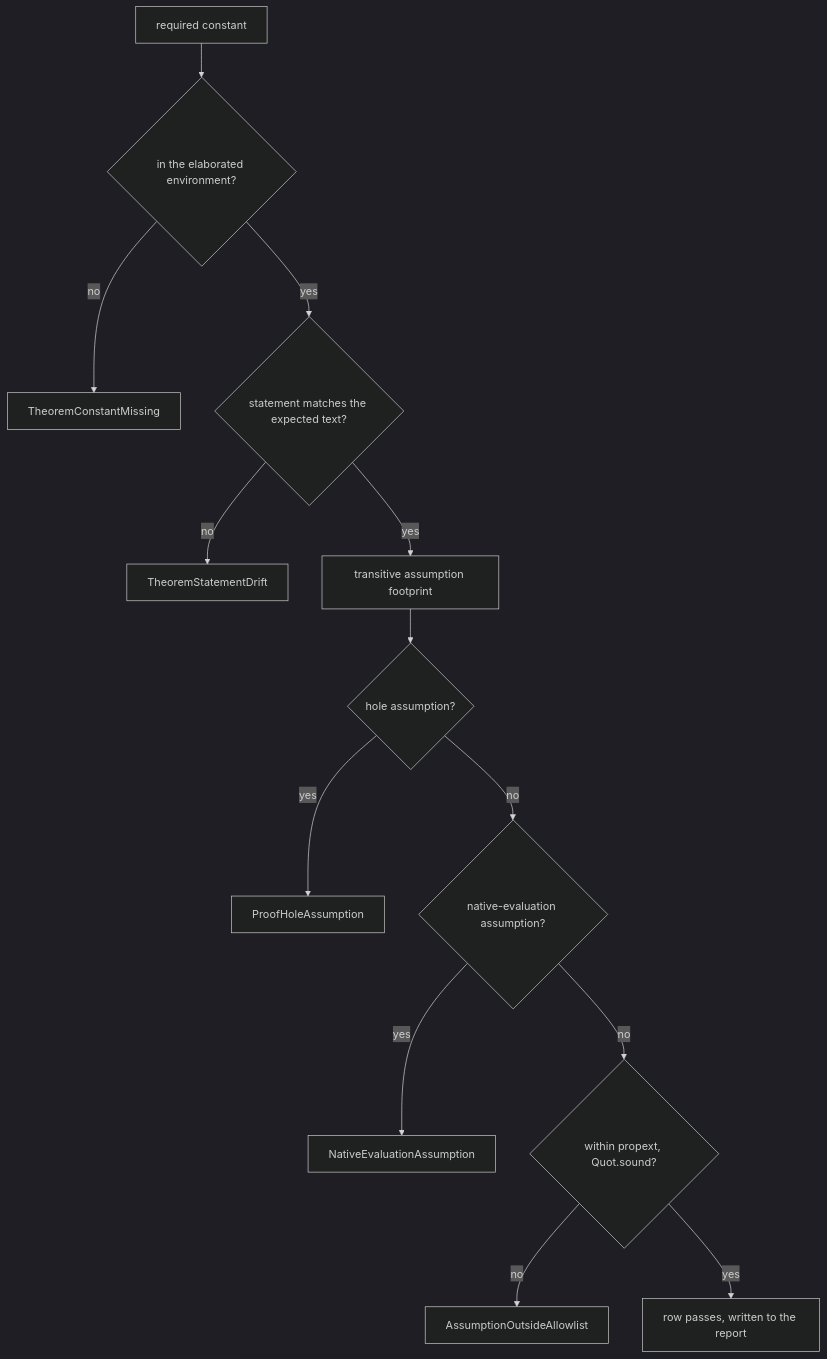
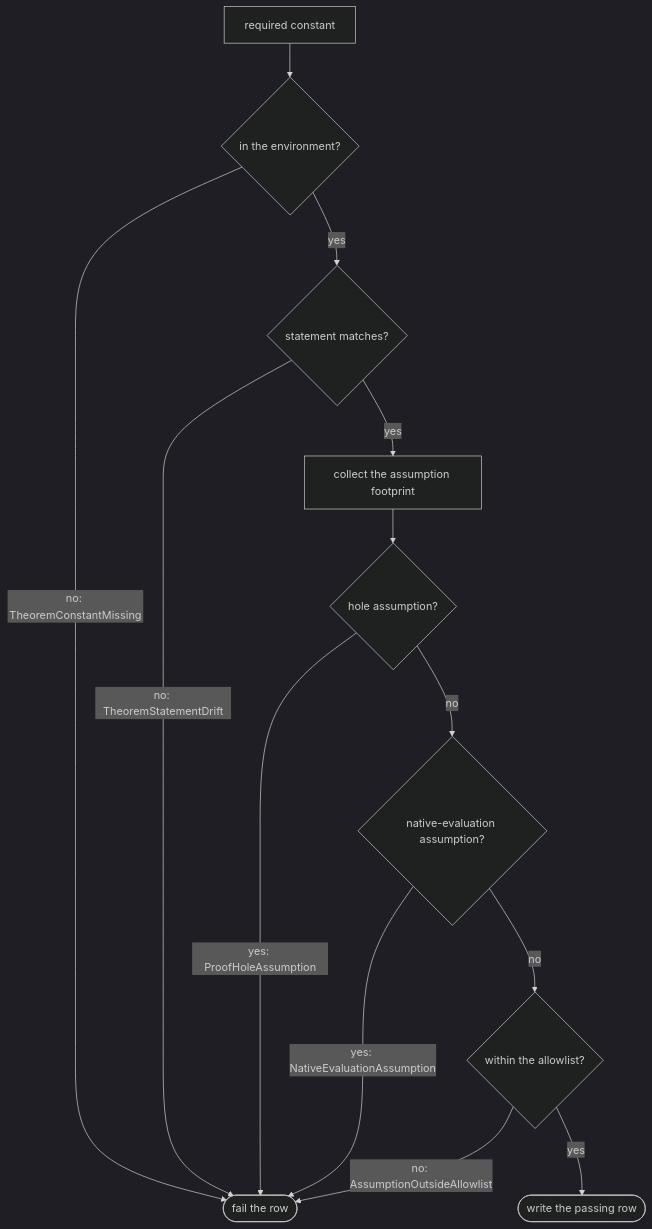
The second of 3 diagrams in spec/80-formal.md (fractalboxdev/contextful), drawn with Mermaid (dark theme) before and after one commit. The commit also changed other lines of this file and 24 other files, not shown here.

First line of the commit message:
spec: every flowchart draws one entity or process per node

````diff
--- a/spec/80-formal.md
+++ b/spec/80-formal.md
@@ -161,15 +155,15 @@
 ```mermaid
 flowchart TD
-  C["required constant"] --> P{"in the elaborated environment?"}
-  P -- no --> E1["TheoremConstantMissing"]
-  P -- yes --> S{"statement matches the expected text?"}
-  S -- no --> E2["TheoremStatementDrift"]
-  S -- yes --> F["transitive assumption footprint"]
+  C["required constant"] --> P{"in the environment?"}
+  P -- "no: TheoremConstantMissing" --> X(["fail the row"])
+  P -- yes --> S{"statement matches?"}
+  S -- "no: TheoremStatementDrift" --> X
+  S -- yes --> F["collect the assumption footprint"]
   F --> H{"hole assumption?"}
-  H -- yes --> E3["ProofHoleAssumption"]
+  H -- "yes: ProofHoleAssumption" --> X
   H -- no --> N{"native-evaluation assumption?"}
-  N -- yes --> E4["NativeEvaluationAssumption"]
-  N -- no --> A{"within propext, Quot.sound?"}
-  A -- no --> E5["AssumptionOutsideAllowlist"]
-  A -- yes --> OK["row passes, written to the report"]
+  N -- "yes: NativeEvaluationAssumption" --> X
+  N -- no --> A{"within the allowlist?"}
+  A -- "no: AssumptionOutsideAllowlist" --> X
+  A -- yes --> OK(["write the passing row"])
 ```
````
